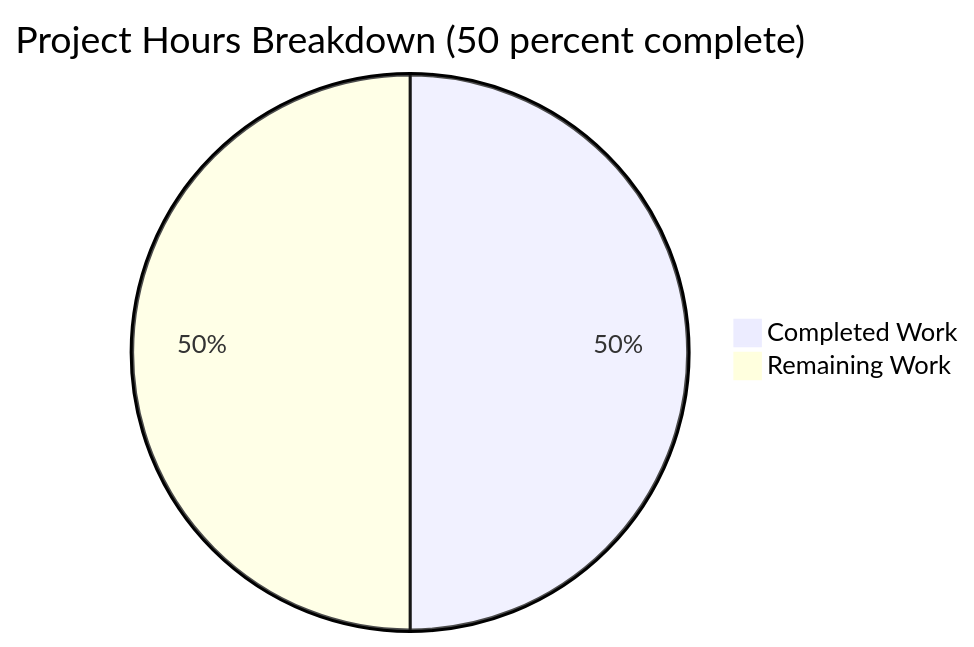
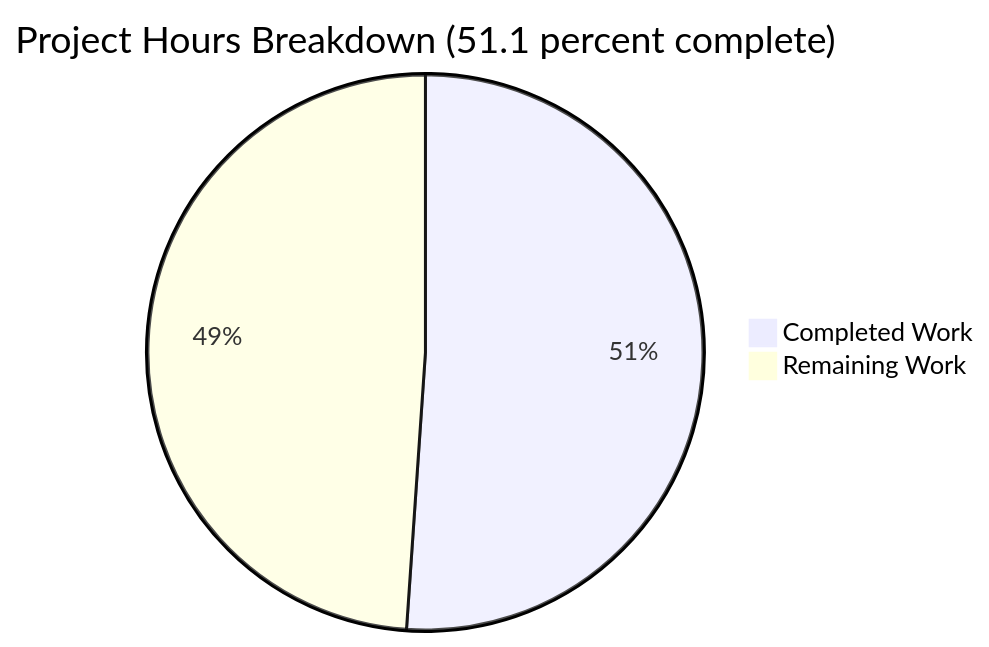
One commit to viditkshukla/blitzy-sample-test changed the second of 3 diagrams in blitzy/documentation/Project Guide - 5611a2ca-5f34-454e-a5a1-e9993c2a94d3.md. Above: the diagram before and after it, drawn with Mermaid. The commit also changed other lines of this file, not shown here.

Commit message:
Adding Blitzy Project Guide: Project Status and Human Tasks Remaining

````diff
--- a/blitzy/documentation/Project Guide - 5611a2ca-5f34-454e-a5a1-e9993c2a94d3.md
+++ b/blitzy/documentation/Project Guide - 5611a2ca-5f34-454e-a5a1-e9993c2a94d3.md
@@ -195,5 +198,5 @@
 ```mermaid
-pie title Project Hours Breakdown (50 percent complete)
-    "Completed Work" : 45
+pie title Project Hours Breakdown (51.1 percent complete)
+    "Completed Work" : 47
     "Remaining Work" : 45
 ```
````
